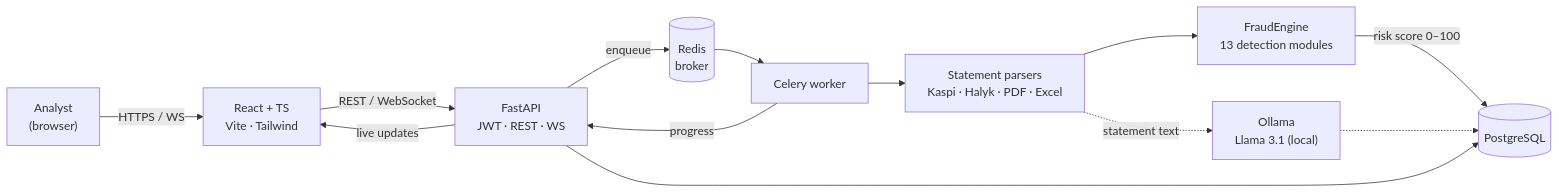
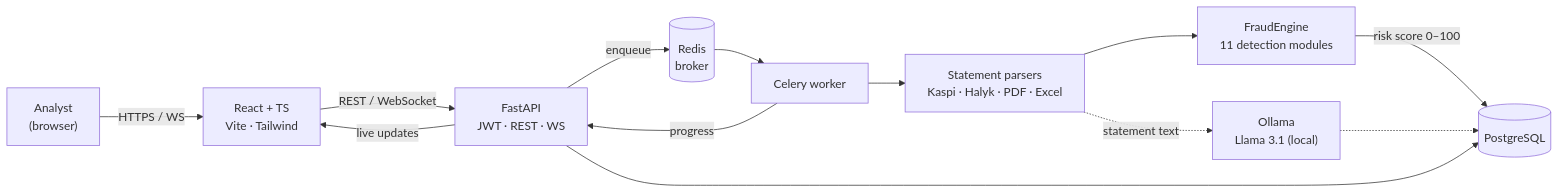
The diagram in README.md (taaazhi/ntFAST), drawn with Mermaid before and after one commit. The commit also changed other lines of this file and 5 other files, not shown here.

````diff
--- a/README.md
+++ b/README.md
@@ -77,15 +77,15 @@
 ```mermaid
 flowchart LR
     U["Analyst<br/>(browser)"] -->|HTTPS / WS| FE["React + TS<br/>Vite · Tailwind"]
     FE -->|REST / WebSocket| API["FastAPI<br/>JWT · REST · WS"]
     API -->|enqueue| Q[("Redis<br/>broker")]
     Q --> W["Celery worker"]
     W --> P["Statement parsers<br/>Kaspi · Halyk · PDF · Excel"]
-    P --> ENG["FraudEngine<br/>13 detection modules"]
+    P --> ENG["FraudEngine<br/>11 detection modules"]
     P -.->|statement text| LLM["Ollama<br/>Llama 3.1 (local)"]
     ENG -->|risk score 0–100| DB[("PostgreSQL")]
     LLM -.-> DB
     API --> DB
     W -->|progress| API
     API -->|live updates| FE
 ```
````
